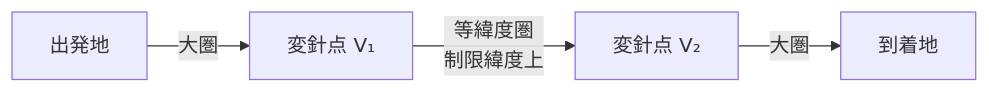
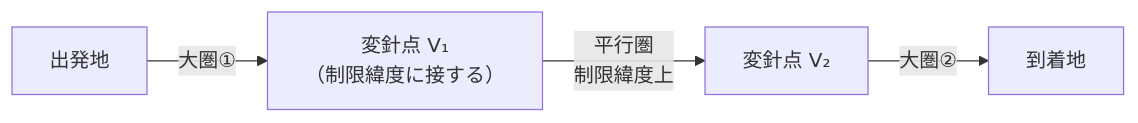
Before and after one commit to serkenn/Navigation-calculations: the fourth of 5 diagrams in docs/pilot1.md, drawn with Mermaid. The commit also changed other lines of this file and 6 other files, not shown here.

````diff
--- a/docs/pilot1.md
+++ b/docs/pilot1.md
@@ -109,6 +142,6 @@
 ```mermaid
 flowchart LR
-    A[出発地] -->|大圏| B[変針点 V₁]
-    B -->|等緯度圏<br>制限緯度上| C[変針点 V₂]
-    C -->|大圏| D[到着地]
+    A[出発地] -->|"大圏①"| B["変針点 V₁<br>（制限緯度に接する）"]
+    B -->|"平行圏<br>制限緯度上"| C[変針点 V₂]
+    C -->|"大圏②"| D[到着地]
 ```
````
